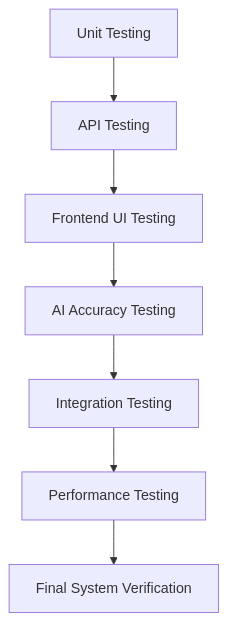
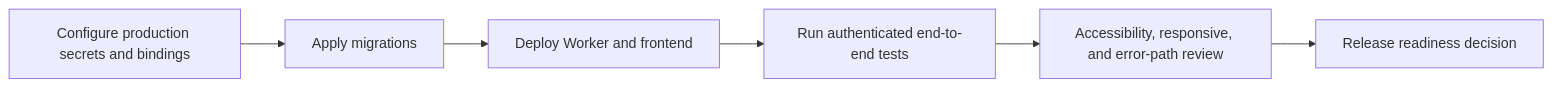
Before and after one commit to Tamal-11/cse4104-7a-t03-nutrilens: the diagram in documentation/roadmap.md, drawn with Mermaid. The commit also changed other lines of this file and 19 other files, not shown here.

````diff
--- a/documentation/roadmap.md
+++ b/documentation/roadmap.md
@@ -171,9 +19,8 @@
 ```mermaid
-flowchart TD
-    A[Unit Testing] --> B[API Testing]
-    B --> C[Frontend UI Testing]
-    C --> D[AI Accuracy Testing]
-    D --> E[Integration Testing]
-    E --> F[Performance Testing]
-    F --> G[Final System Verification]
+flowchart LR
+    A[Configure production secrets and bindings] --> B[Apply migrations]
+    B --> C[Deploy Worker and frontend]
+    C --> D[Run authenticated end-to-end tests]
+    D --> E[Accessibility, responsive, and error-path review]
+    E --> F[Release readiness decision]
 ```
````
